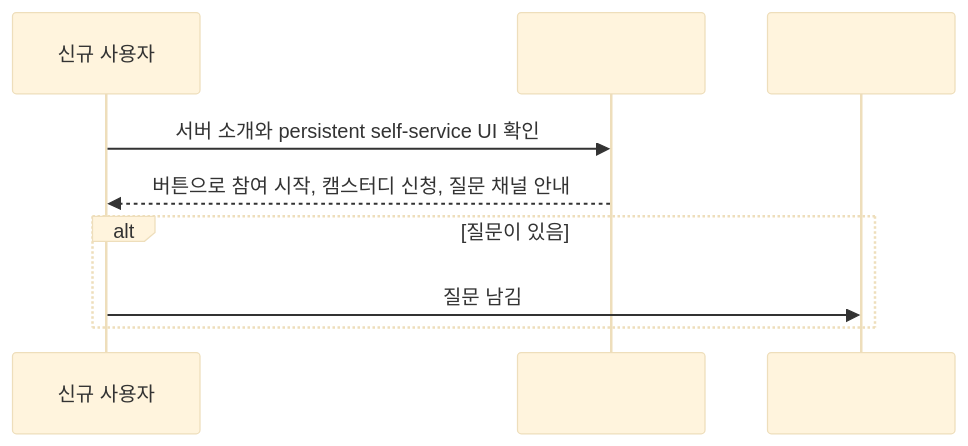
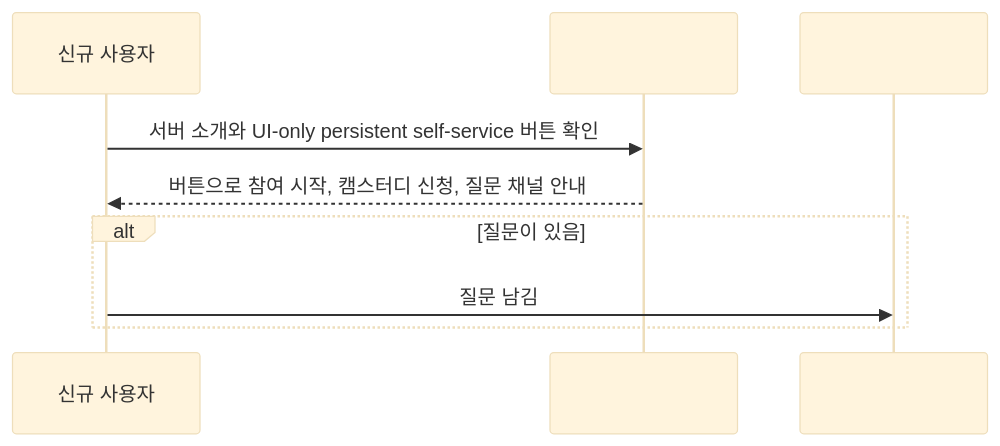
The first of 21 diagrams in docs/USER_STORIES.md (honki12345/haruharu-discord-bot), drawn with Mermaid (base theme) before and after one commit. The commit also changed other lines of this file and 5 other files, not shown here.

Commit message:
feat: simplify self-service onboarding UI (#117)

````diff
--- a/docs/USER_STORIES.md
+++ b/docs/USER_STORIES.md
@@ -22,12 +22,12 @@
 ```mermaid
 sequenceDiagram
     participant U as 신규 사용자
     participant S as #start-here
     participant Q as #qna
 
-    U->>S: 서버 소개와 persistent self-service UI 확인
+    U->>S: 서버 소개와 UI-only persistent self-service 버튼 확인
     S-->>U: 버튼으로 참여 시작, 캠스터디 신청, 질문 채널 안내
     alt 질문이 있음
         U->>Q: 질문 남김
     end
 ```
````
